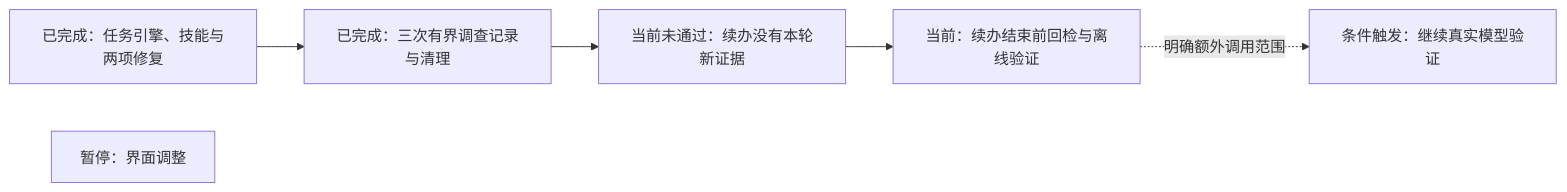
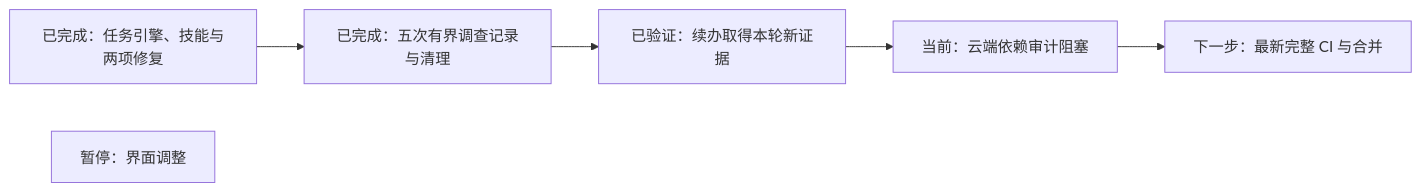
Before and after one commit to Sugarfarmeriod/TunnelMinion: the diagram in docs/project/stages/2026-10-20-agent-task-live-acceptance.md, drawn with Mermaid. The commit also changed other lines of this file and 2 other files, not shown here.

````diff
--- a/docs/project/stages/2026-10-20-agent-task-live-acceptance.md
+++ b/docs/project/stages/2026-10-20-agent-task-live-acceptance.md
@@ -42,8 +42,8 @@
 ```mermaid
 flowchart LR
-    A["已完成：任务引擎、技能与两项修复"] --> B["已完成：三次有界调查记录与清理"]
-    B --> C["当前未通过：续办没有本轮新证据"]
-    C --> D["当前：续办结束前回检与离线验证"]
-    D -.明确额外调用范围.-> E["条件触发：继续真实模型验证"]
+    A["已完成：任务引擎、技能与两项修复"] --> B["已完成：五次有界调查记录与清理"]
+    B --> C["已验证：续办取得本轮新证据"]
+    C --> D["当前：云端依赖审计阻塞"]
+    D --> E["下一步：最新完整 CI 与合并"]
     U["暂停：界面调整"]
 ```
````
